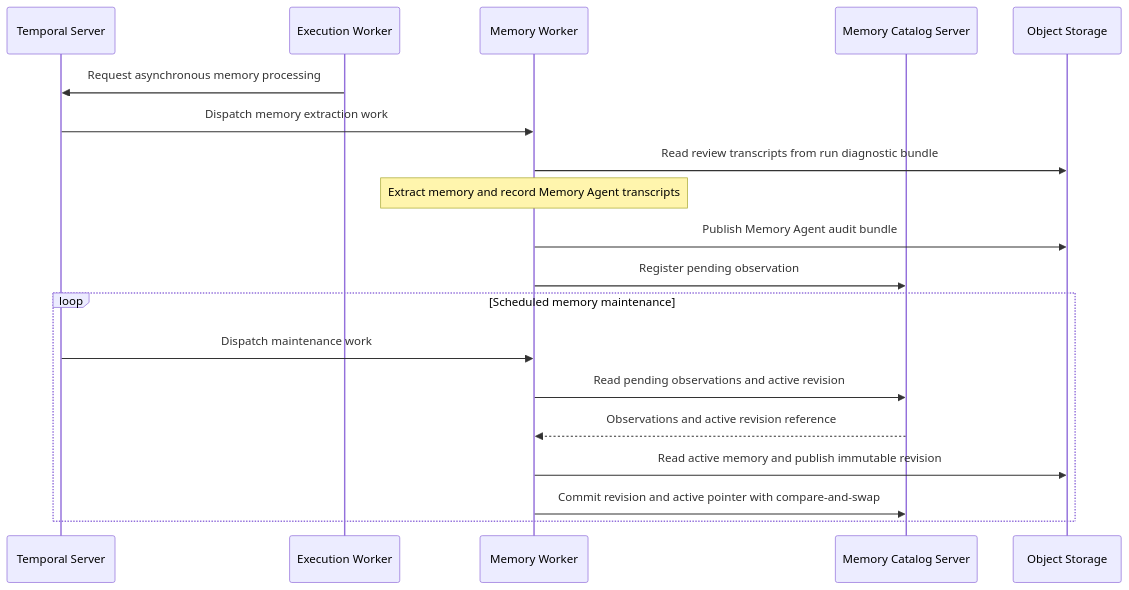
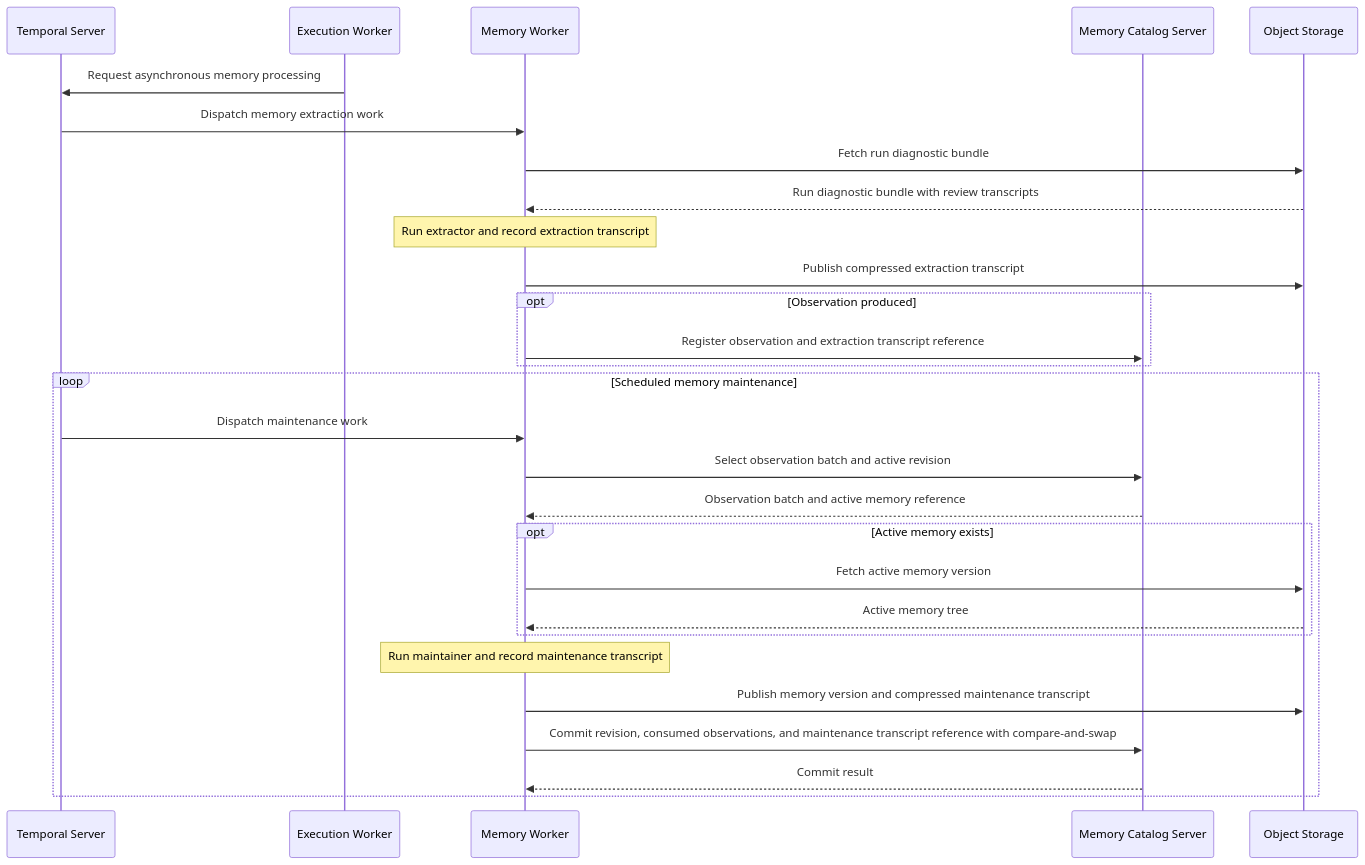
Before and after one commit to Agent-AI-Chalmers/sec-review-bot: the second of 2 diagrams in docs/architecture/SYSTEM_ARCHITECTURE.md, drawn with Mermaid. The commit also changed 32 other files, not shown here.

Commit message:
refactor(memory): publish compressed agent transcripts

````diff
--- a/docs/architecture/SYSTEM_ARCHITECTURE.md
+++ b/docs/architecture/SYSTEM_ARCHITECTURE.md
@@ -61,22 +61,31 @@
 ```mermaid
 sequenceDiagram
   participant Temporal as Temporal Server
   participant ExecutionWorker as Execution Worker
   participant MemoryWorker as Memory Worker
   participant Catalog as Memory Catalog Server
   participant Storage as Object Storage
 
   ExecutionWorker->>Temporal: Request asynchronous memory processing
   Temporal->>MemoryWorker: Dispatch memory extraction work
-  MemoryWorker->>Storage: Read review transcripts from run diagnostic bundle
-  Note over MemoryWorker: Extract memory and record Memory Agent transcripts
-  MemoryWorker->>Storage: Publish Memory Agent audit bundle
-  MemoryWorker->>Catalog: Register pending observation
+  MemoryWorker->>Storage: Fetch run diagnostic bundle
+  Storage-->>MemoryWorker: Run diagnostic bundle with review transcripts
+  Note over MemoryWorker: Run extractor and record extraction transcript
+  MemoryWorker->>Storage: Publish compressed extraction transcript
+  opt Observation produced
+    MemoryWorker->>Catalog: Register observation and extraction transcript reference
+  end
   loop Scheduled memory maintenance
     Temporal->>MemoryWorker: Dispatch maintenance work
-    MemoryWorker->>Catalog: Read pending observations and active revision
-    Catalog-->>MemoryWorker: Observations and active revision reference
-    MemoryWorker->>Storage: Read active memory and publish immutable revision
-    MemoryWorker->>Catalog: Commit revision and active pointer with compare-and-swap
+    MemoryWorker->>Catalog: Select observation batch and active revision
+    Catalog-->>MemoryWorker: Observation batch and active memory reference
+    opt Active memory exists
+      MemoryWorker->>Storage: Fetch active memory version
+      Storage-->>MemoryWorker: Active memory tree
+    end
+    Note over MemoryWorker: Run maintainer and record maintenance transcript
+    MemoryWorker->>Storage: Publish memory version and compressed maintenance transcript
+    MemoryWorker->>Catalog: Commit revision, consumed observations, and maintenance transcript reference with compare-and-swap
+    Catalog-->>MemoryWorker: Commit result
   end
 ```
````
